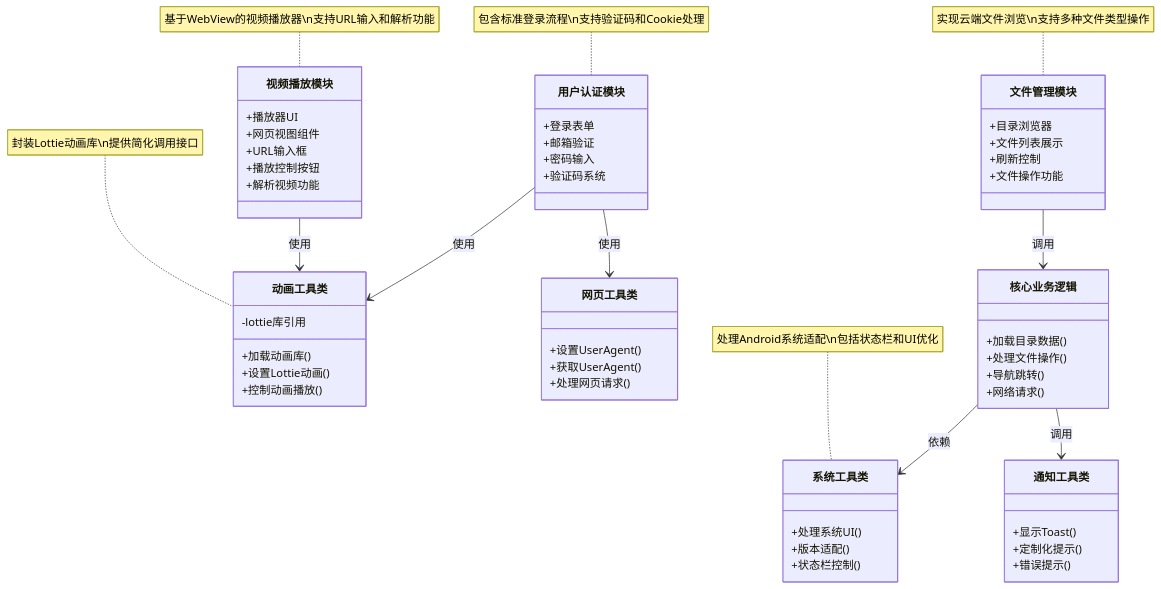
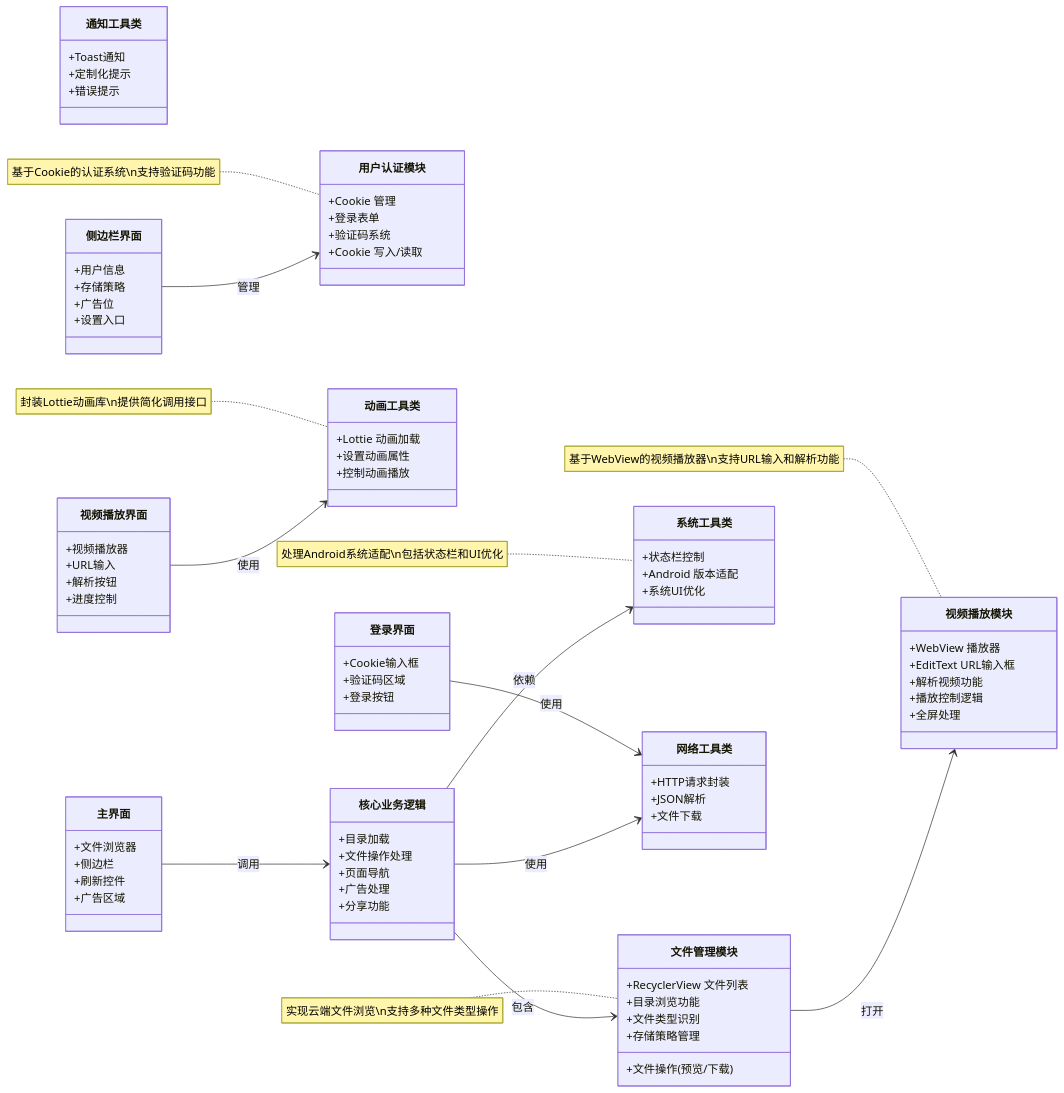
The diagram in UML.md (ByUsiTeam/CdifitClient), drawn with Mermaid before and after one commit. The commit also changed 8 other files, not shown here.

````diff
--- a/UML.md
+++ b/UML.md
@@ -1,76 +1,107 @@
 ```mermaid
 classDiagram
-    direction TB
-
+    direction LR
+    
     %% 核心功能模块
     class 视频播放模块 {
-        +播放器UI
-        +网页视图组件
-        +URL输入框
-        +播放控制按钮
+        +WebView 播放器
+        +EditText URL输入框
         +解析视频功能
+        +播放控制逻辑
+        +全屏处理
     }
-
+    
     class 文件管理模块 {
-        +目录浏览器
-        +文件列表展示
-        +刷新控制
-        +文件操作功能
+        +RecyclerView 文件列表
+        +目录浏览功能
+        +文件类型识别
+        +文件操作(预览/下载)
+        +存储策略管理
     }
-
+    
     class 用户认证模块 {
+        +Cookie 管理
         +登录表单
-        +邮箱验证
-        +密码输入
         +验证码系统
+        +Cookie 写入/读取
     }
-
+    
     %% 工具类
     class 动画工具类 {
-        +加载动画库()
-        +设置Lottie动画()
-        +控制动画播放()
-        -lottie库引用
+        +Lottie 动画加载
+        +设置动画属性
+        +控制动画播放
     }
-
-    class 网页工具类 {
-        +设置UserAgent()
-        +获取UserAgent()
-        +处理网页请求()
+    
+    class 系统工具类 {
+        +状态栏控制
+        +Android 版本适配
+        +系统UI优化
     }
-
-    class 系统工具类 {
-        +处理系统UI()
-        +版本适配()
-        +状态栏控制()
+    
+    class 网络工具类 {
+        +HTTP请求封装
+        +JSON解析
+        +文件下载
     }
-
+    
     class 通知工具类 {
-        +显示Toast()
-        +定制化提示()
-        +错误提示()
+        +Toast通知
+        +定制化提示
+        +错误提示
     }
-
+    
     %% 业务逻辑
     class 核心业务逻辑 {
-        +加载目录数据()
-        +处理文件操作()
-        +导航跳转()
-        +网络请求()
+        +目录加载
+        +文件操作处理
+        +页面导航
+        +广告处理
+        +分享功能
     }
-
+    
+    %% 界面组件
+    class 主界面 {
+        +文件浏览器
+        +侧边栏
+        +刷新控件
+        +广告区域
+    }
+    
+    class 视频播放界面 {
+        +视频播放器
+        +URL输入
+        +解析按钮
+        +进度控制
+    }
+    
+    class 登录界面 {
+        +Cookie输入框
+        +验证码区域
+        +登录按钮
+    }
+    
+    class 侧边栏界面 {
+        +用户信息
+        +存储策略
+        +广告位
+        +设置入口
+    }
+    
     %% 关系定义
-    文件管理模块 --> 核心业务逻辑 : 调用
-    视频播放模块 --> 动画工具类 : 使用
-    用户认证模块 --> 动画工具类 : 使用
-    用户认证模块 --> 网页工具类 : 使用
+    主界面 --> 核心业务逻辑 : 调用
+    视频播放界面 --> 动画工具类 : 使用
+    登录界面 --> 网络工具类 : 使用
+    核心业务逻辑 --> 文件管理模块 : 包含
     核心业务逻辑 --> 系统工具类 : 依赖
-    核心业务逻辑 --> 通知工具类 : 调用
-
+    核心业务逻辑 --> 网络工具类 : 使用
+    文件管理模块 --> 视频播放模块 : 打开
+    侧边栏界面 --> 用户认证模块 : 管理
+    
     %% 注释说明
     note for 视频播放模块 "基于WebView的视频播放器\n支持URL输入和解析功能"
     note for 文件管理模块 "实现云端文件浏览\n支持多种文件类型操作"
-    note for 用户认证模块 "包含标准登录流程\n支持验证码和Cookie处理"
+    note for 用户认证模块 "基于Cookie的认证系统\n支持验证码功能"
     note for 动画工具类 "封装Lottie动画库\n提供简化调用接口"
     note for 系统工具类 "处理Android系统适配\n包括状态栏和UI优化"
 ```
````
